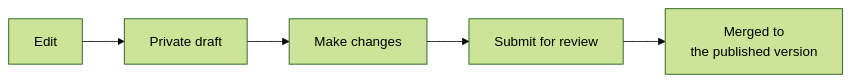
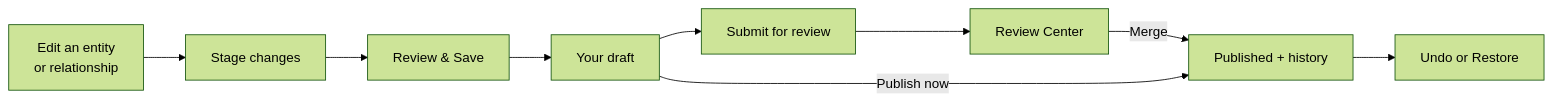
Before and after one commit to rkrumins/dataviz: the diagram in docs/guide/VERSIONING_CHANGE_CONTROL.md, drawn with Mermaid (forest theme). The commit also changed other lines of this file and 35 other files, not shown here.

````diff
--- a/docs/guide/VERSIONING_CHANGE_CONTROL.md
+++ b/docs/guide/VERSIONING_CHANGE_CONTROL.md
@@ -30,7 +73,11 @@
 ```mermaid
 flowchart LR
-  E[Edit] --> D[Private draft]
-  D --> C[Make changes]
-  C --> R[Submit for review]
-  R --> M[Merged to<br/>the published version]
+  A["Edit an entity<br/>or relationship"] --> B["Stage changes"]
+  B --> C["Review & Save"]
+  C --> D["Your draft"]
+  D --> E["Submit for review"]
+  E --> F["Review Center"]
+  F -->|Merge| G["Published + history"]
+  D -->|"Publish now"| G
+  G --> H["Undo or Restore"]
 ```
````
